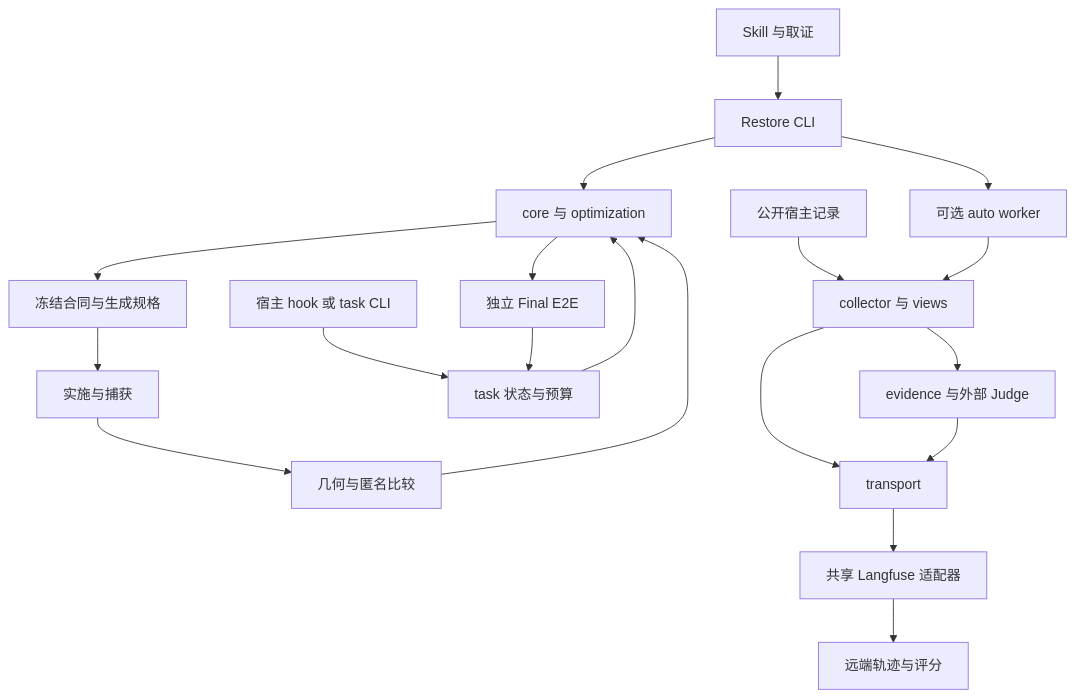
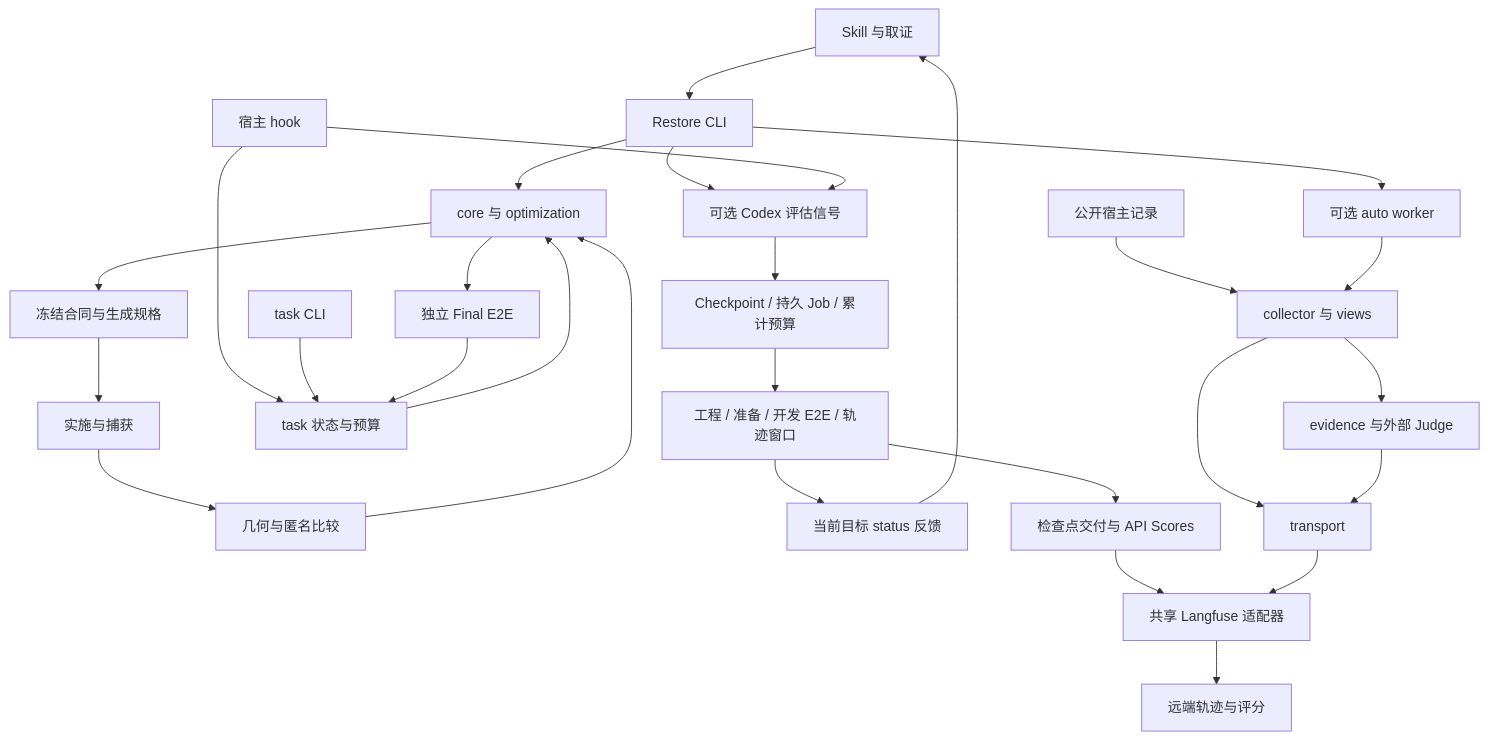
The diagram in docs/architecture.md (PlevanTem/ui-reverse-engineer), drawn with Mermaid before and after one commit. The commit also changed other lines of this file and 9 other files, not shown here.

Commit message:
docs: version current architecture and evaluation plan

````diff
--- a/docs/architecture.md
+++ b/docs/architecture.md
@@ -20,21 +37,30 @@
 ```mermaid
 flowchart TD
     S[Skill 与取证] --> C[Restore CLI]
     C --> R[core 与 optimization]
     R --> F[冻结合同与生成规格]
     F --> B[实施与捕获]
     B --> V[几何与匿名比较]
     V --> R
     R --> E[独立 Final E2E]
-    H[宿主 hook 或 task CLI] --> T[task 状态与预算]
+    H[宿主 hook] --> T[task 状态与预算]
+    TC[task CLI] --> T
     E --> T
     T --> R
+    C --> K[可选 Codex 评估信号]
+    H --> K
+    K --> D[Checkpoint / 持久 Job / 累计预算]
+    D --> Q[工程 / 准备 / 开发 E2E / 轨迹窗口]
+    Q --> U[当前目标 status 反馈]
+    U --> S
+    Q --> Y[检查点交付与 API Scores]
+    Y --> L
     C --> A[可选 auto worker]
     J[公开宿主记录] --> O[collector 与 views]
     A --> O
     O --> P[evidence 与外部 Judge]
     O --> X[transport]
     P --> X
     X --> L[共享 Langfuse 适配器]
     L --> N[远端轨迹与评分]
 ```
````
